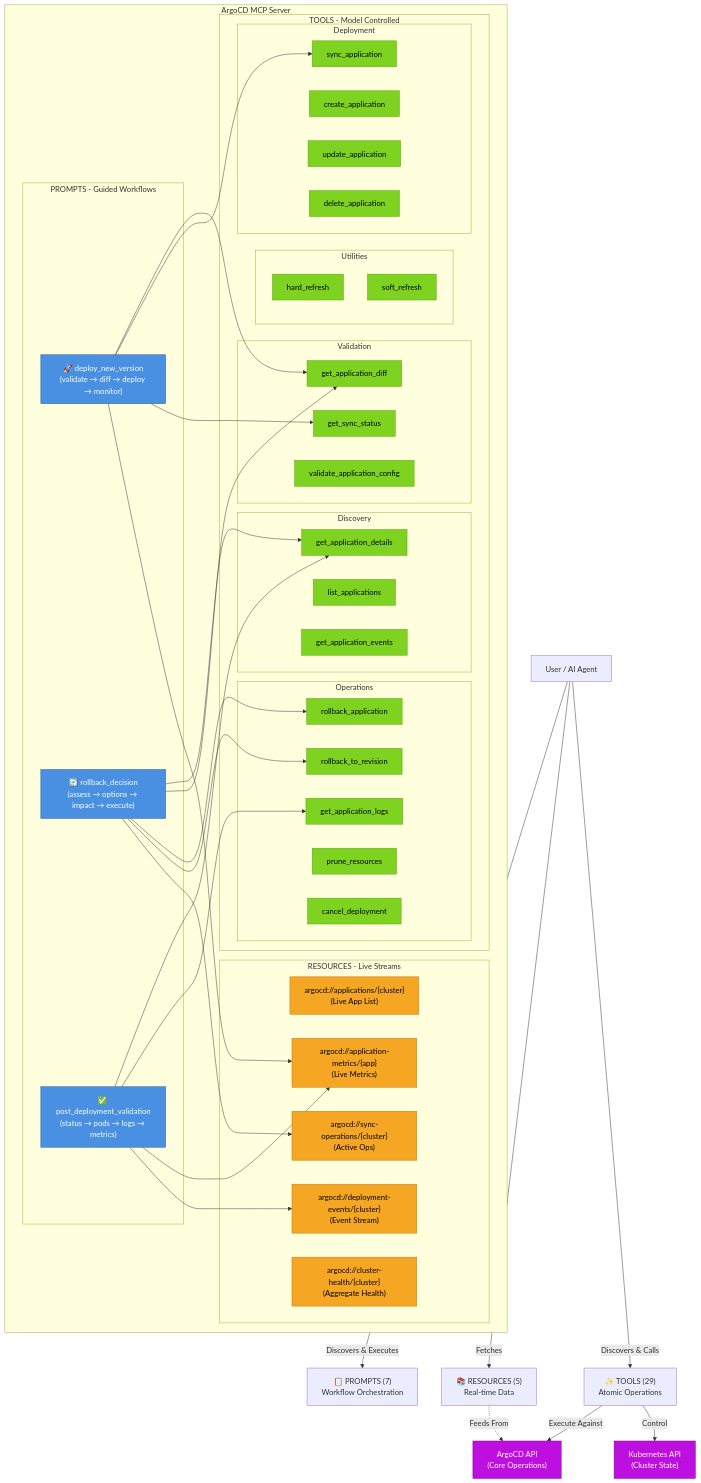
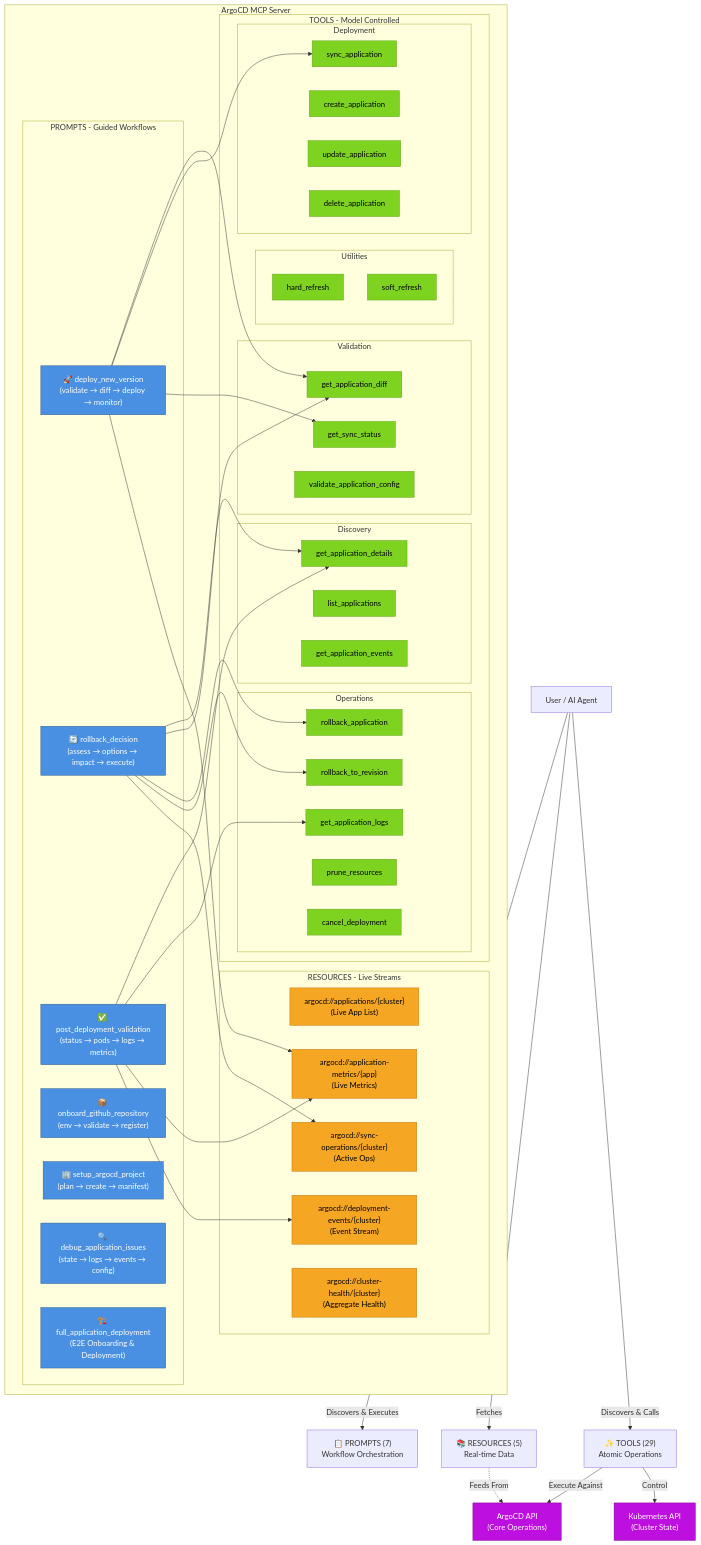
The diagram in src/argocd-mcp-server/argocd_mcp_server/static/ARGOCD_WORKFLOW.md (talkops-ai/talkops-mcp), drawn with Mermaid before and after one commit. The commit also changed other lines of this file and 12 other files, not shown here.

```diff
--- a/src/argocd-mcp-server/argocd_mcp_server/static/ARGOCD_WORKFLOW.md
+++ b/src/argocd-mcp-server/argocd_mcp_server/static/ARGOCD_WORKFLOW.md
@@ -116,6 +143,10 @@
             P1["🚀 deploy_new_version<br/>(validate → diff → deploy → monitor)"]
             P2["🔄 rollback_decision<br/>(assess → options → impact → execute)"]
             P3["✅ post_deployment_validation<br/>(status → pods → logs → metrics)"]
+            P4["📦 onboard_github_repository<br/>(env → validate → register)"]
+            P5["🏢 setup_argocd_project<br/>(plan → create → manifest)"]
+            P6["🔍 debug_application_issues<br/>(state → logs → events → config)"]
+            P7["🏗️ full_application_deployment<br/>(E2E Onboarding & Deployment)"]
         end
         
         subgraph "TOOLS - Model Controlled"
@@ -186,7 +217,7 @@
     classDef resource fill:#F5A623,stroke:#C17817,color:#000
     classDef api fill:#BD10E0,stroke:#7A0880,color:#fff
     
-    class P1,P2,P3 prompt
+    class P1,P2,P3,P4,P5,P6,P7 prompt
     class T1,T2,T3,T4,T5,T6,T7,T8,T9,T10,T11,T12,T13,T14,T15,T16,T17 tool
     class R1,R2,R3,R4,R5 resource
     class ArgoCD_API,K8s_API api
```
